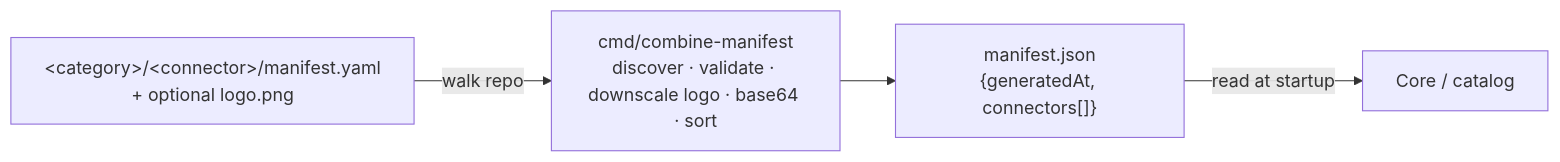
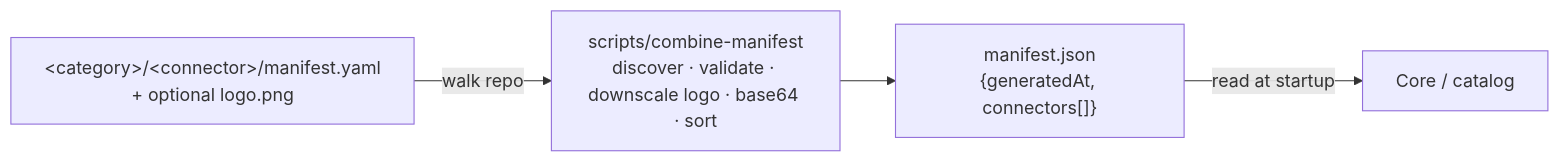
Before and after one commit to oasm-platform/oasm-connectors: the first of 3 diagrams in README.md, drawn with Mermaid. The commit also changed other lines of this file and 7 other files, not shown here.

Commit message:
refactor(connectors): move manifest tooling from cmd to scripts

````diff
--- a/README.md
+++ b/README.md
@@ -11,8 +11,8 @@
 ```mermaid
 flowchart LR
     A["&lt;category&gt;/&lt;connector&gt;/manifest.yaml<br/>+ optional logo.png"]
-    B["cmd/combine-manifest<br/>discover · validate · downscale logo · base64 · sort"]
+    B["scripts/combine-manifest<br/>discover · validate · downscale logo · base64 · sort"]
     C["manifest.json<br/>{generatedAt, connectors[]}"]
     A -- "walk repo" --> B --> C
     C -- "read at startup" --> D["Core / catalog"]
 ```
````
